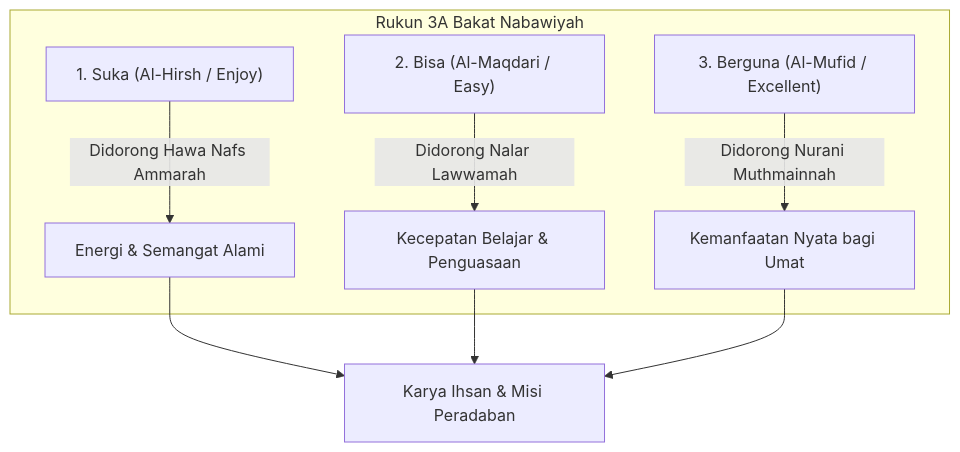
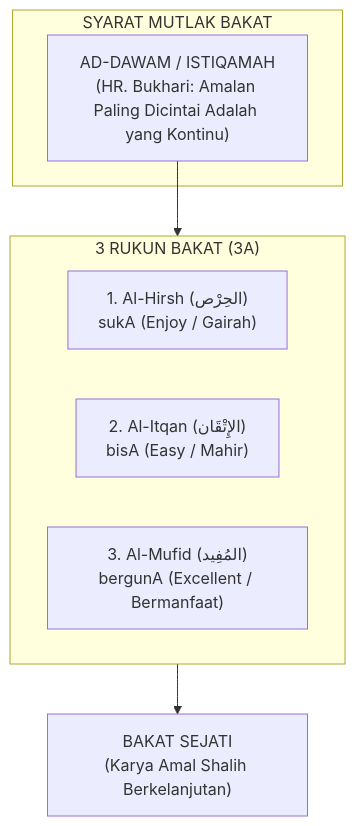
One commit to decaller/wiki-pkn changed the diagram in content/Paradigma - Implementasi PKN/Dokumen Pendidikan Karakter Nabawiyah/Paradigma & Implementasi/Insan/Fitrah (Karakter)/Bakat.md. Above: the diagram before and after it, drawn with Mermaid. The commit also changed other lines of this file and 13 other files, not shown here.

````diff
--- a/content/Paradigma - Implementasi PKN/Dokumen Pendidikan Karakter Nabawiyah/Paradigma & Implementasi/Insan/Fitrah (Karakter)/Bakat.md
+++ b/content/Paradigma - Implementasi PKN/Dokumen Pendidikan Karakter Nabawiyah/Paradigma & Implementasi/Insan/Fitrah (Karakter)/Bakat.md
@@ -33,9 +40,15 @@
 ```mermaid
 flowchart TD
-    subgraph "Rukun 3A Bakat Nabawiyah"
-        A["1. Suka (Al-Hirsh / Enjoy)"] -->|Didorong Hawa Nafs Ammarah| M["Energi & Semangat Alami"]
-        B["2. Bisa (Al-Maqdari / Easy)"] -->|Didorong Nalar Lawwamah| M2["Kecepatan Belajar & Penguasaan"]
-        C["3. Berguna (Al-Mufid / Excellent)"] -->|Didorong Nurani Muthmainnah| M3["Kemanfaatan Nyata bagi Umat"]
+    subgraph Syarat["SYARAT MUTLAK BAKAT"]
+        D["AD-DAWAM / ISTIQAMAH<br/>(HR. Bukhari: Amalan Paling Dicintai Adalah yang Kontinu)"]
     end
-    M & M2 & M3 --> Hasil["Karya Ihsan & Misi Peradaban"]
+
+    subgraph Rukun["3 RUKUN BAKAT (3A)"]
+        A["1. Al-Hirsh (الحِرْص)<br/>sukA (Enjoy / Gairah)"]
+        B["2. Al-Itqan (الإِتْقَان)<br/>bisA (Easy / Mahir)"]
+        C["3. Al-Mufid (المُفِيد)<br/>bergunA (Excellent / Bermanfaat)"]
+    end
+
+    D --> Rukun
+    Rukun --> Hasil["BAKAT SEJATI<br/>(Karya Amal Shalih Berkelanjutan)"]
 ```
````
